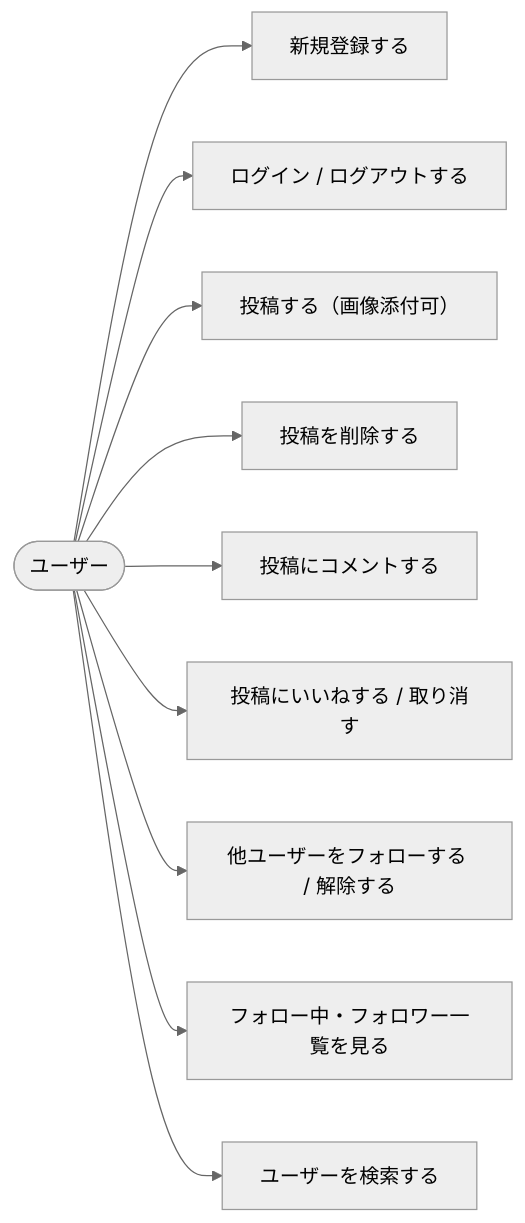
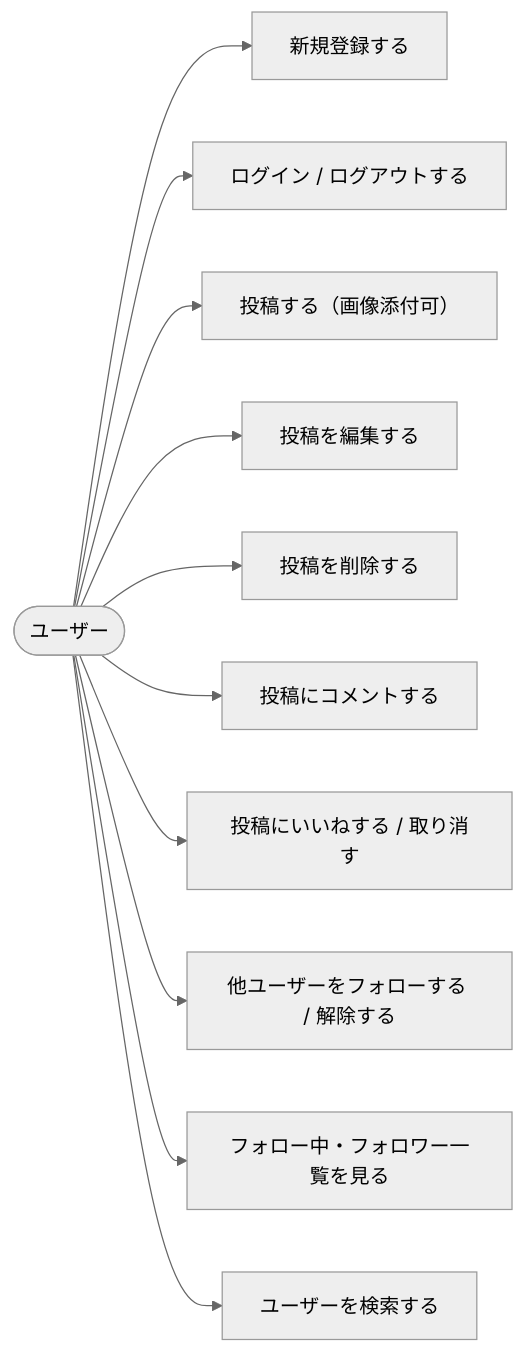
One commit to akki-secure/RaiseTimeLine changed the first of 3 diagrams in docs/requirements.md. Above: the diagram before and after it, drawn with Mermaid (neutral theme). The commit also changed other lines of this file and 2 other files, not shown here.

````diff
--- a/docs/requirements.md
+++ b/docs/requirements.md
@@ -129,13 +129,14 @@
 ```mermaid
 flowchart LR
   U([ユーザー])
   U --> A0[新規登録する]
   U --> A1[ログイン / ログアウトする]
   U --> B[投稿する（画像添付可）]
+  U --> B2[投稿を編集する]
   U --> C[投稿を削除する]
   U --> D[投稿にコメントする]
   U --> E[投稿にいいねする / 取り消す]
   U --> F[他ユーザーをフォローする / 解除する]
   U --> G[フォロー中・フォロワー一覧を見る]
   U --> H[ユーザーを検索する]
 ```
````
